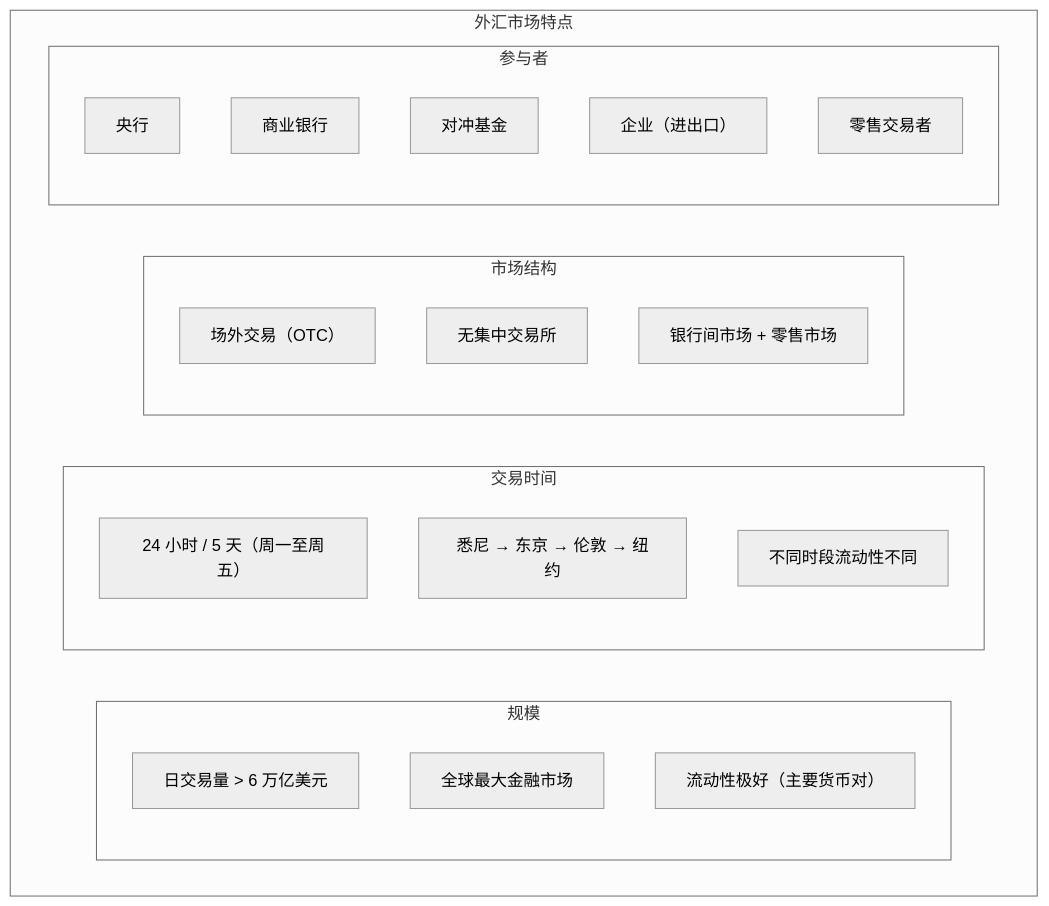
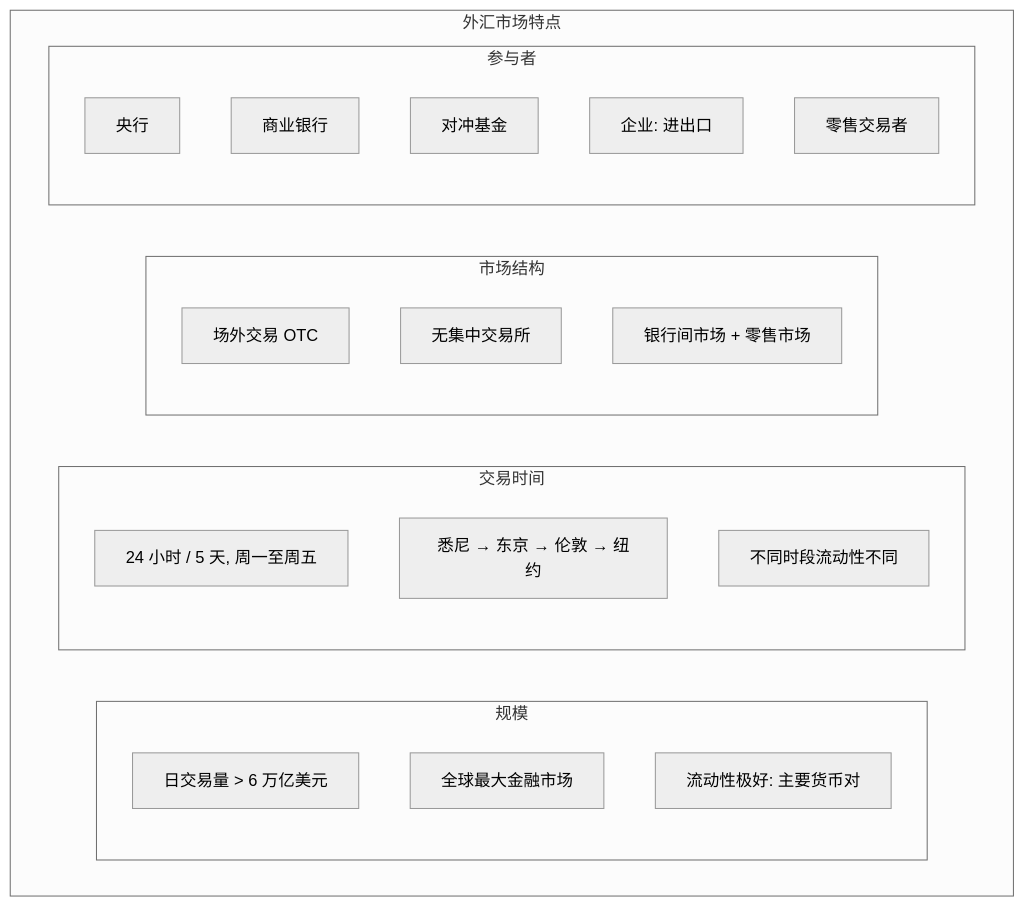
One commit to jpixy/jpixy.github.io changed the first of 2 diagrams in content/articles/quant/quant-15-外汇量化入门.md. Above: the diagram before and after it, drawn with Mermaid (neutral theme). The commit also changed other lines of this file and 66 other files, not shown here.

Commit message:
fix: resolve Mermaid syntax errors by removing parentheses in node labels

````diff
--- a/content/articles/quant/quant-15-外汇量化入门.md
+++ b/content/articles/quant/quant-15-外汇量化入门.md
@@ -19,27 +19,27 @@
 ```mermaid
 graph TB
     subgraph 外汇市场特点
         subgraph 规模
             A1["日交易量 > 6 万亿美元"]
             A2["全球最大金融市场"]
-            A3["流动性极好（主要货币对）"]
+            A3["流动性极好: 主要货币对"]
         end
         subgraph 交易时间
-            B1["24 小时 / 5 天（周一至周五）"]
+            B1["24 小时 / 5 天, 周一至周五"]
             B2["悉尼 → 东京 → 伦敦 → 纽约"]
             B3["不同时段流动性不同"]
         end
         subgraph 市场结构
-            C1["场外交易（OTC）"]
+            C1["场外交易 OTC"]
             C2["无集中交易所"]
             C3["银行间市场 + 零售市场"]
         end
         subgraph 参与者
             D1["央行"]
             D2["商业银行"]
             D3["对冲基金"]
-            D4["企业（进出口）"]
+            D4["企业: 进出口"]
             D5["零售交易者"]
         end
     end
 ```
````
